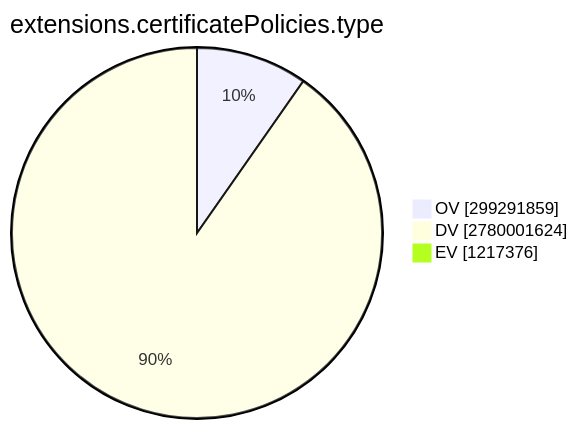
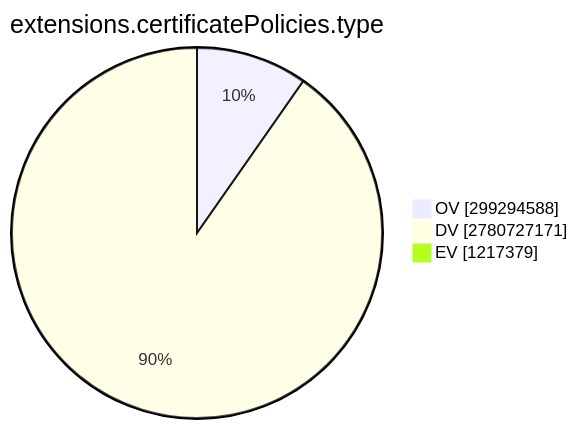
The ninth of 15 diagrams in TOTAL/README.md (christiankrug/ctmonitor_visualization), drawn with Mermaid before and after one commit. The commit also changed other lines of this file, not shown here.

````diff
--- a/TOTAL/README.md
+++ b/TOTAL/README.md
@@ -3101,7 +3101,7 @@
 ```mermaid
 pie showData
 title extensions.certificatePolicies.type
-"OV" :299291859
-"DV" :2780001624
-"EV" :1217376
+"OV" :299294588
+"DV" :2780727171
+"EV" :1217379
 ```
````
